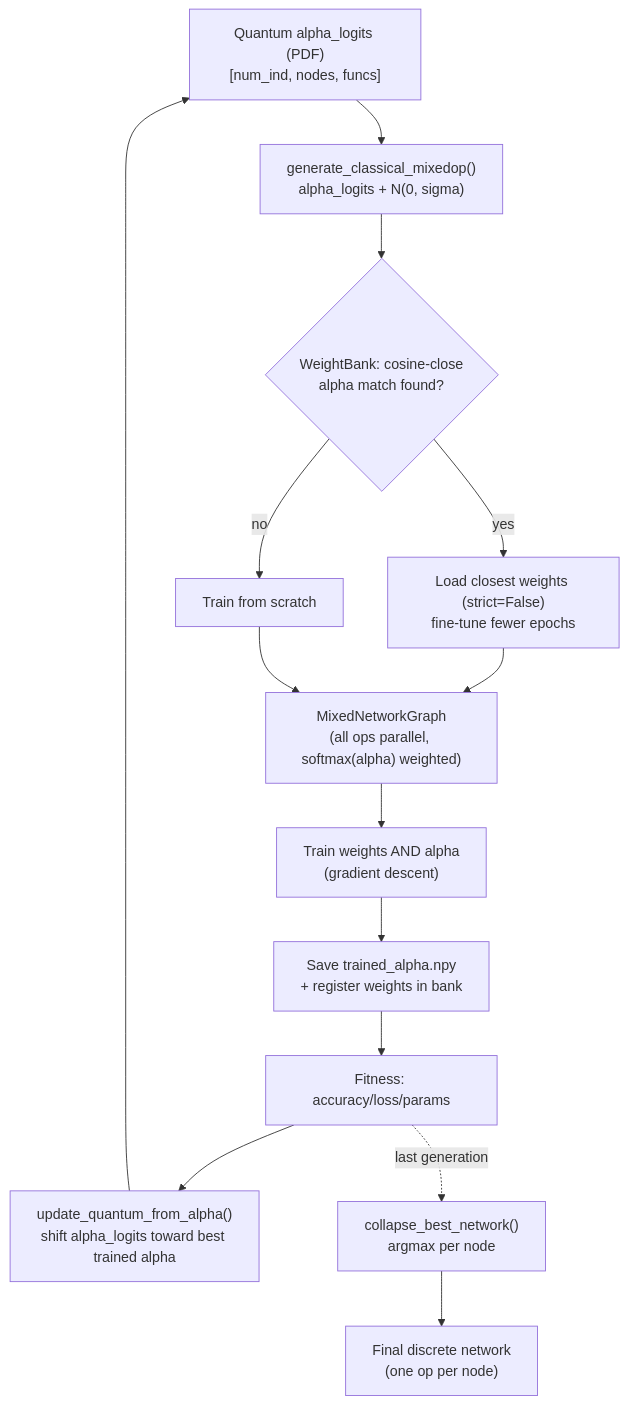
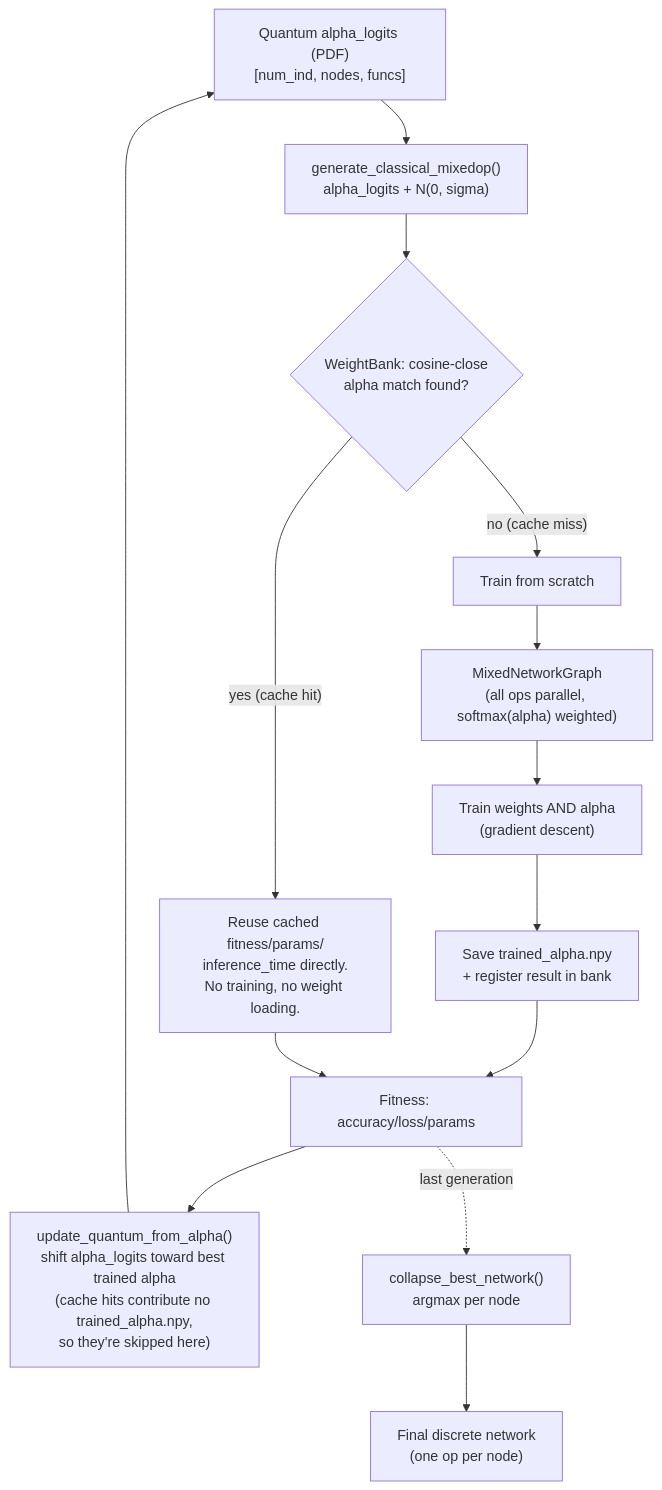
Before and after one commit to slynrick/qnas_torch: the sixth of 7 diagrams in docs/mixedop_architecture_diagrams.md, drawn with Mermaid. The commit also changed other lines of this file and 12 other files, not shown here.

````diff
--- a/docs/mixedop_architecture_diagrams.md
+++ b/docs/mixedop_architecture_diagrams.md
@@ -124,16 +124,16 @@
 ```mermaid
 flowchart TD
     Q2["Quantum alpha_logits (PDF)<br/>[num_ind, nodes, funcs]"] --> G["generate_classical_mixedop()<br/>alpha_logits + N(0, sigma)"]
     G --> WB{"WeightBank: cosine-close<br/>alpha match found?"}
-    WB -- yes --> LW["Load closest weights (strict=False)<br/>fine-tune fewer epochs"]
-    WB -- no --> FS["Train from scratch"]
-    LW --> M["MixedNetworkGraph<br/>(all ops parallel, softmax(alpha) weighted)"]
-    FS --> M
+    WB -- "yes (cache hit)" --> CH["Reuse cached fitness/params/<br/>inference_time directly.<br/>No training, no weight loading."]
+    WB -- "no (cache miss)" --> FS["Train from scratch"]
+    FS --> M["MixedNetworkGraph<br/>(all ops parallel, softmax(alpha) weighted)"]
     M --> TR["Train weights AND alpha<br/>(gradient descent)"]
-    TR --> SA["Save trained_alpha.npy<br/>+ register weights in bank"]
+    TR --> SA["Save trained_alpha.npy<br/>+ register result in bank"]
     SA --> F2["Fitness: accuracy/loss/params"]
-    F2 --> UQ["update_quantum_from_alpha()<br/>shift alpha_logits toward best trained alpha"]
+    CH --> F2
+    F2 --> UQ["update_quantum_from_alpha()<br/>shift alpha_logits toward best trained alpha<br/>(cache hits contribute no trained_alpha.npy,<br/>so they're skipped here)"]
     UQ --> Q2
     F2 -. last generation .-> COL["collapse_best_network()<br/>argmax per node"]
     COL --> FIN["Final discrete network<br/>(one op per node)"]
 ```
````
